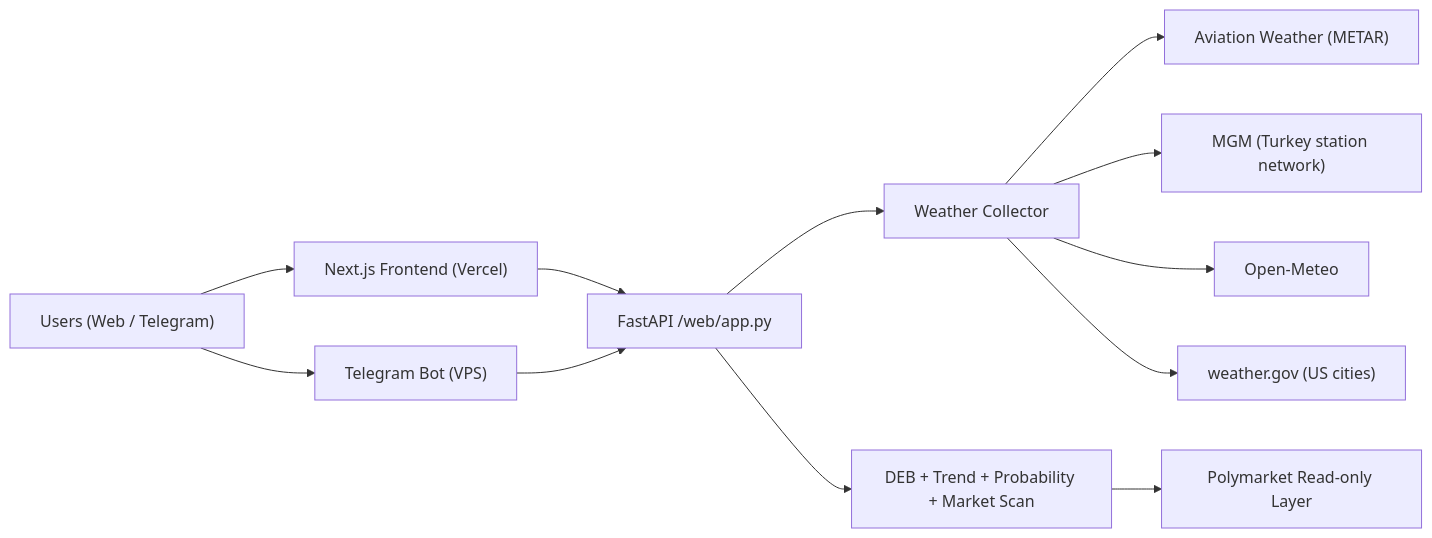
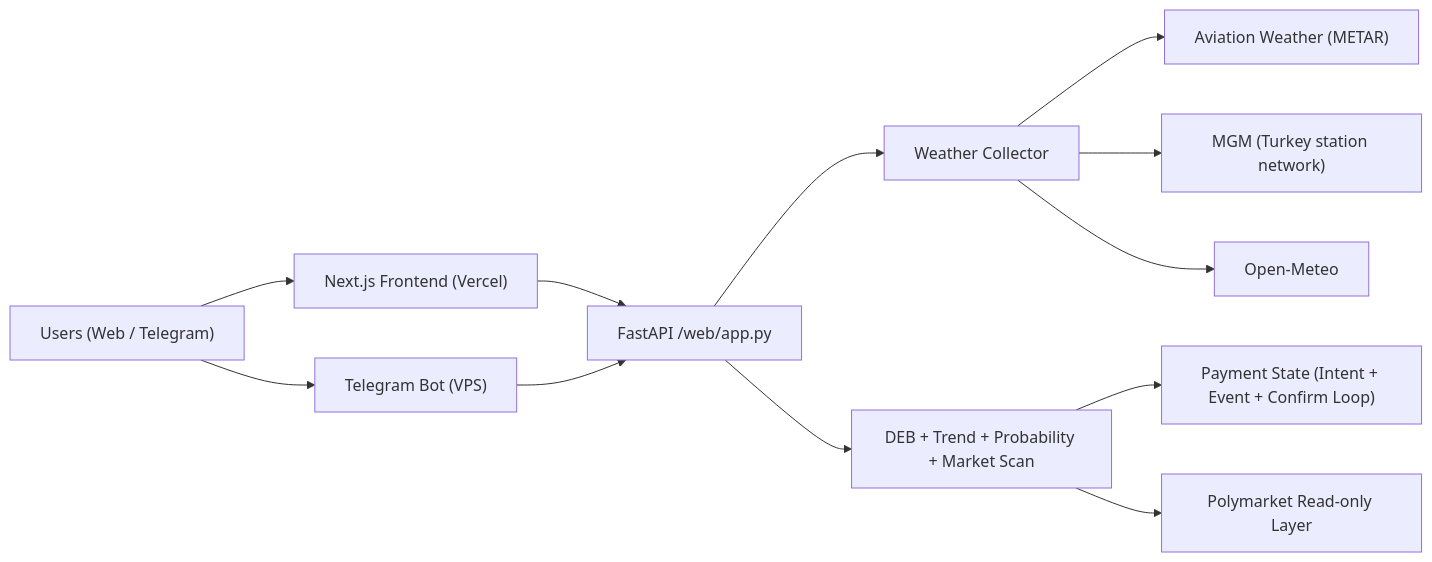
Before and after one commit to ivanmladek/PolyWeather: the diagram in README.md, drawn with Mermaid. The commit also changed other lines of this file and 10 other files, not shown here.

Commit message:
feat: Introduce open-core policy, commercialization, and payment verification documentation, and update README with new product status, payment architecture, and documentation index.

````diff
--- a/README.md
+++ b/README.md
@@ -27,16 +43,16 @@
 ```mermaid
 flowchart LR
     U["Users (Web / Telegram)"] --> FE["Next.js Frontend (Vercel)"]
     U --> BOT["Telegram Bot (VPS)"]
     FE --> API["FastAPI /web/app.py"]
     BOT --> API
 
     API --> WX["Weather Collector"]
     WX --> METAR["Aviation Weather (METAR)"]
     WX --> MGM["MGM (Turkey station network)"]
     WX --> OM["Open-Meteo"]
-    WX --> NWS["weather.gov (US cities)"]
 
-    API --> ANALYSIS["DEB + Trend + Probability + Market Scan"]
-    ANALYSIS --> PM["Polymarket Read-only Layer"]
+    API --> ANA["DEB + Trend + Probability + Market Scan"]
+    ANA --> PAY["Payment State (Intent + Event + Confirm Loop)"]
+    ANA --> PM["Polymarket Read-only Layer"]
 ```
````
